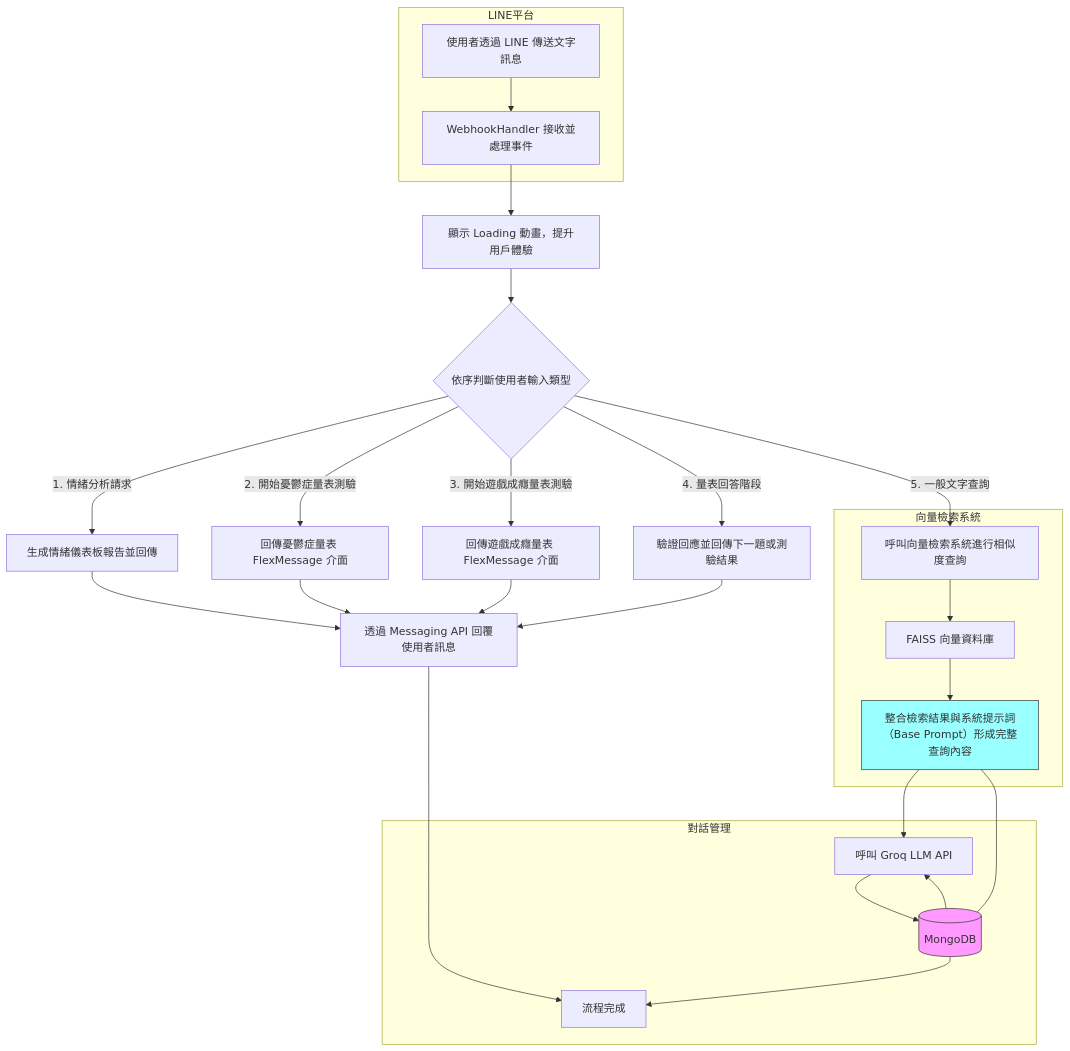
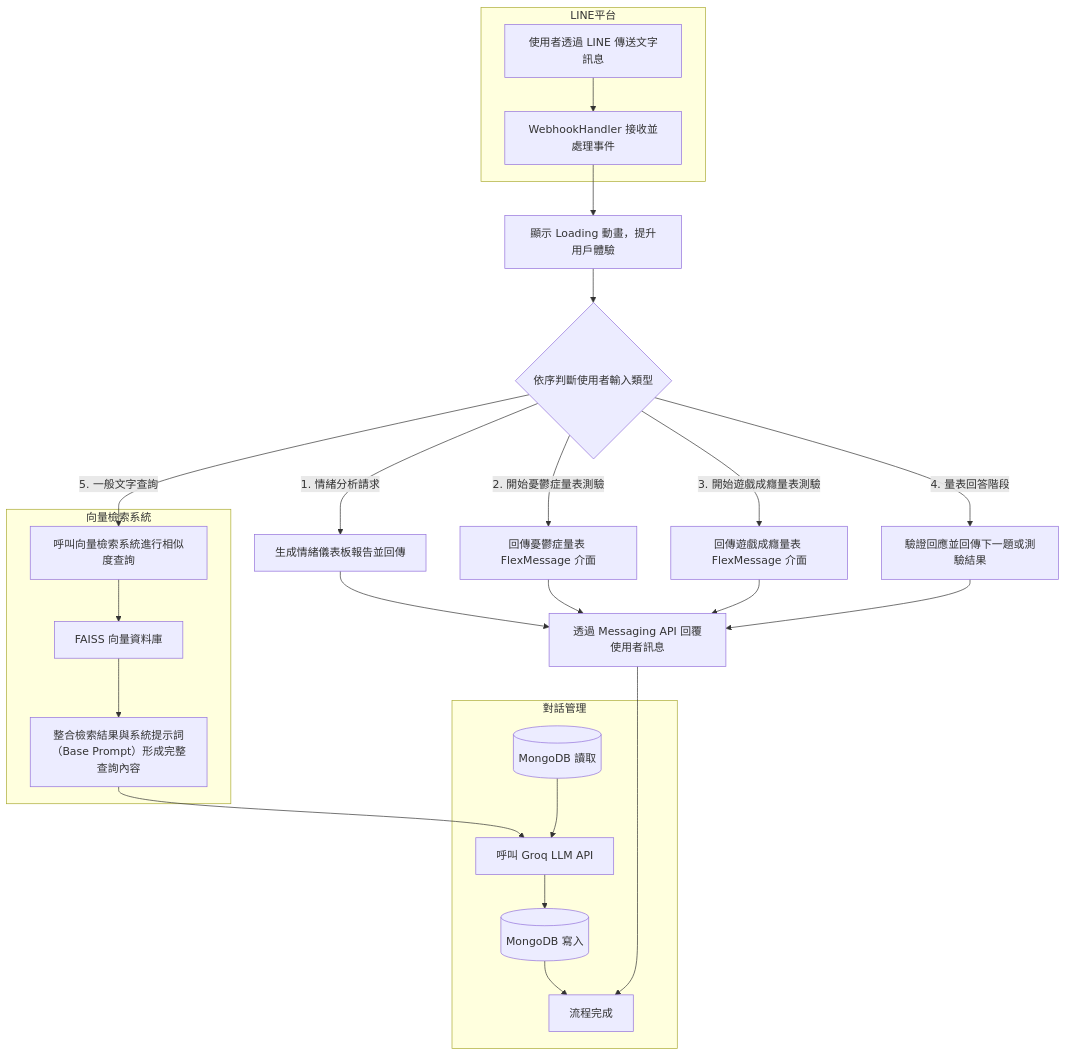
The diagram in README.md (aurorajojo/line_app), drawn with Mermaid before and after one commit.

````diff
--- a/README.md
+++ b/README.md
@@ -3,44 +3,42 @@
 ```mermaid
 flowchart TD
     subgraph LINE平台
         A[使用者透過 LINE 傳送文字訊息] --> B[WebhookHandler 接收並處理事件]
     end
 
     B --> C[顯示 Loading 動畫，提升用戶體驗]
 
     C --> D{依序判斷使用者輸入類型}
 
     D -->|1. 情緒分析請求| E[生成情緒儀表板報告並回傳]
     E --> O1[透過 Messaging API 回覆使用者訊息]
 
     D -->|2. 開始憂鬱症量表測驗| F[回傳憂鬱症量表 FlexMessage 介面]
     F --> O1
 
     D -->|3. 開始遊戲成癮量表測驗| G[回傳遊戲成癮量表 FlexMessage 介面]
     G --> O1
 
     D -->|4. 量表回答階段| H[驗證回應並回傳下一題或測驗結果]
     H --> O1
 
     D -->|5. 一般文字查詢| I[呼叫向量檢索系統進行相似度查詢]
 
     subgraph 向量檢索系統
         I --> V1[FAISS 向量資料庫]
         V1 --> J[整合檢索結果與系統提示詞（Base Prompt）形成完整查詢內容]
     end
 
     subgraph 對話管理
-        style MDB fill:#f9f,stroke:#333,stroke-width:1px
-        style J fill:#9ff,stroke:#333,stroke-width:1px
-        MDB[(MongoDB)] --- J
+        MDB_Read[(MongoDB 讀取)]
+        MDB_Write[(MongoDB 寫入)]
 
-        MDB --> L[呼叫 Groq LLM API]
-        J --> L
-        L --> MDB
-        MDB --> Z[流程完成]
+        J --> L[呼叫 Groq LLM API]
+        MDB_Read --> L
+        L --> MDB_Write
+        MDB_Write --> Z[流程完成]
     end
 
     O1 --> Z
 
-
 ```
````
